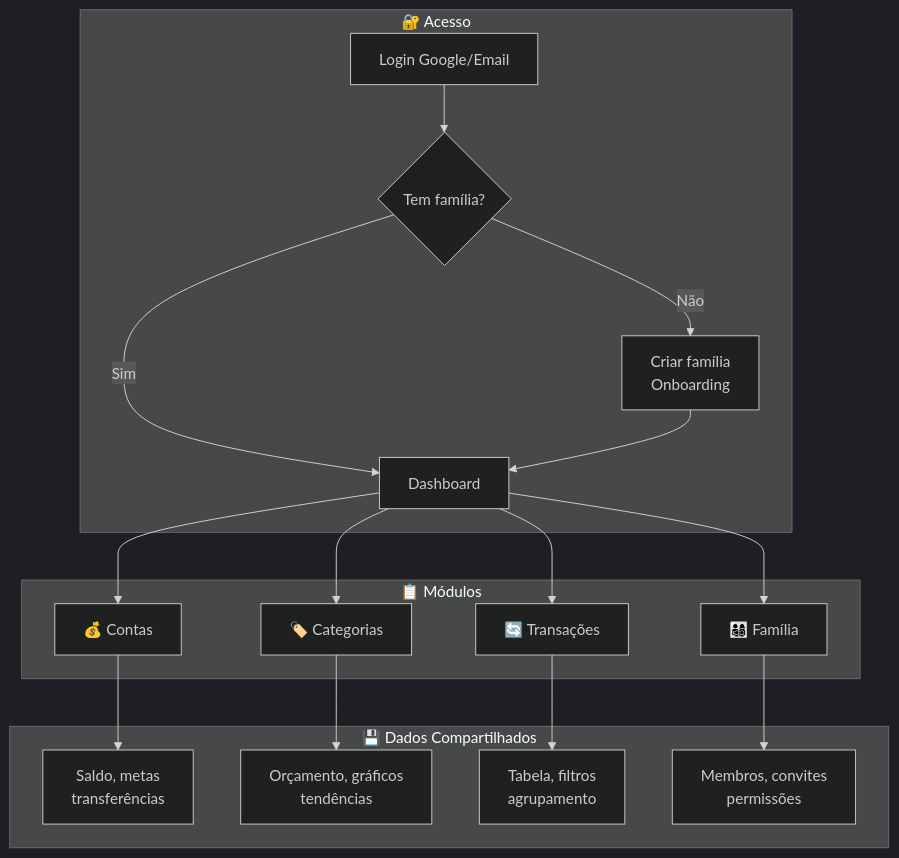
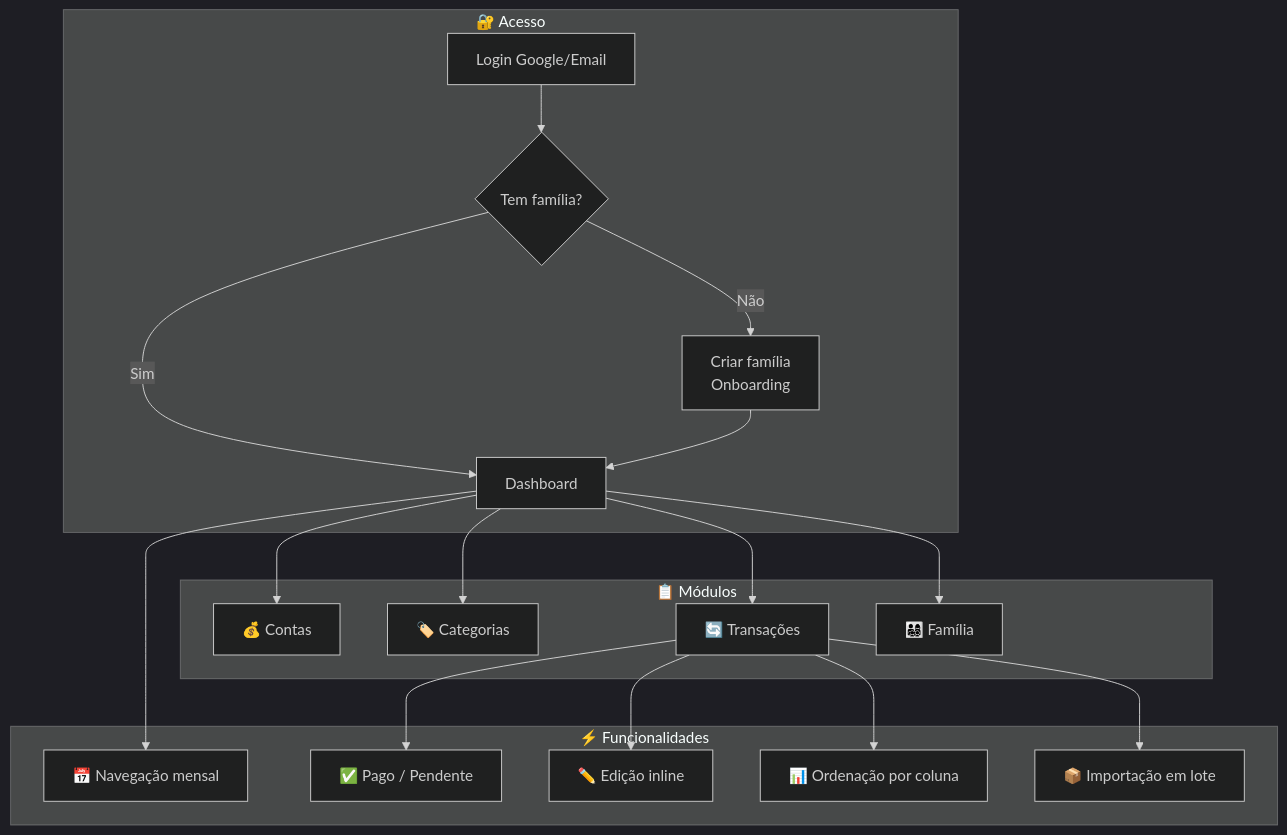
Before and after one commit to brunosmessias/nossa-grana: the diagram in docs/user-docs/00-visao-geral.md, drawn with Mermaid (dark theme). The commit also changed other lines of this file and 4 other files, not shown here.

````diff
--- a/docs/user-docs/00-visao-geral.md
+++ b/docs/user-docs/00-visao-geral.md
@@ -59,23 +60,24 @@
 ```mermaid
 flowchart TB
     subgraph Entrada["🔐 Acesso"]
         A[Login Google/Email] --> B{Tem família?}
         B -- Não --> C[Criar família<br/>Onboarding]
         B -- Sim --> D[Dashboard]
         C --> D
     end
 
     subgraph Módulos["📋 Módulos"]
         D --> E[💰 Contas]
         D --> F[🏷️ Categorias]
         D --> G[🔄 Transações]
         D --> H[👨‍👩‍👧‍👦 Família]
     end
 
-    subgraph Dados["💾 Dados Compartilhados"]
-        E --> I[Saldo, metas<br/>transferências]
-        F --> J[Orçamento, gráficos<br/>tendências]
-        G --> K[Tabela, filtros<br/>agrupamento]
-        H --> L[Membros, convites<br/>permissões]
+    subgraph Funcionalidades["⚡ Funcionalidades"]
+        D --> I[📅 Navegação mensal]
+        G --> J[✅ Pago / Pendente]
+        G --> K[✏️ Edição inline]
+        G --> L[📊 Ordenação por coluna]
+        G --> M[📦 Importação em lote]
     end
 ```
````
